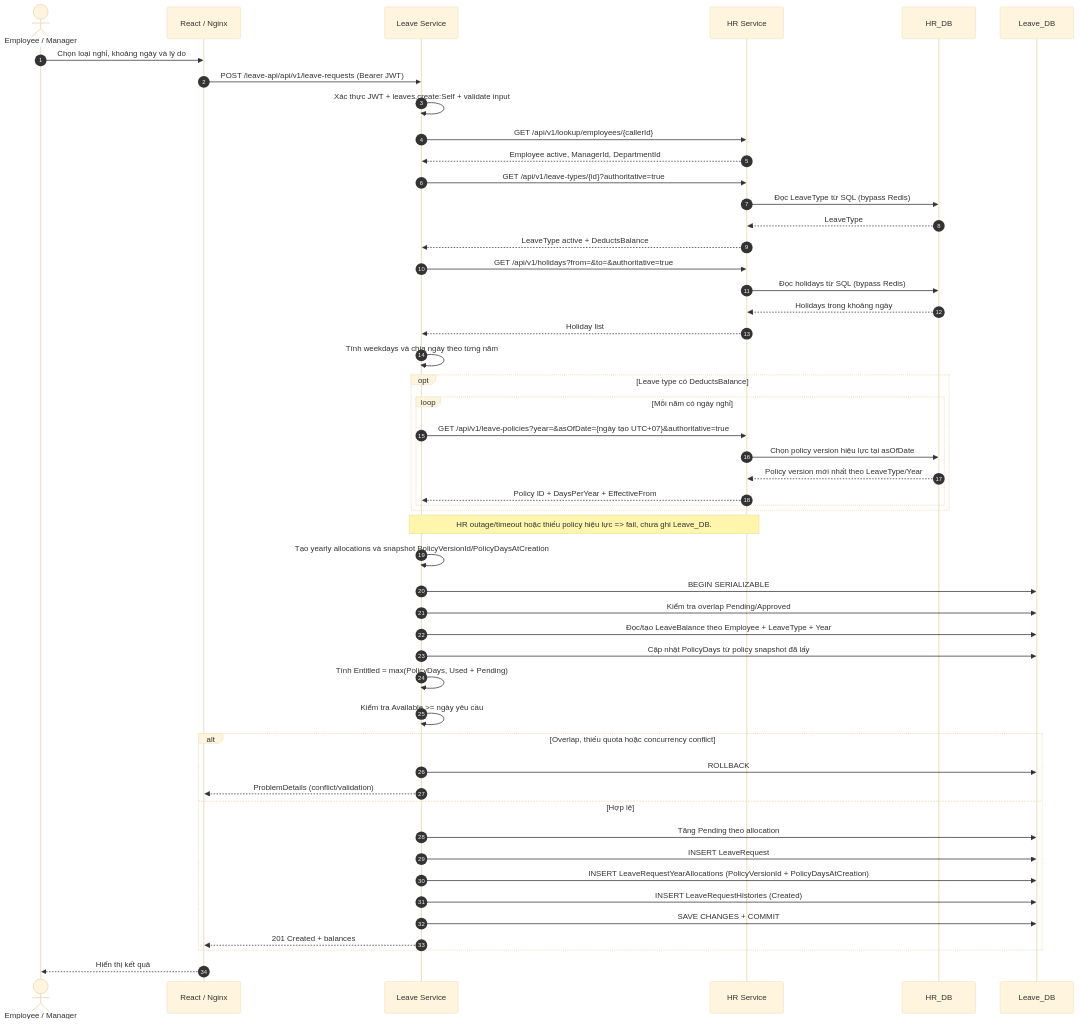
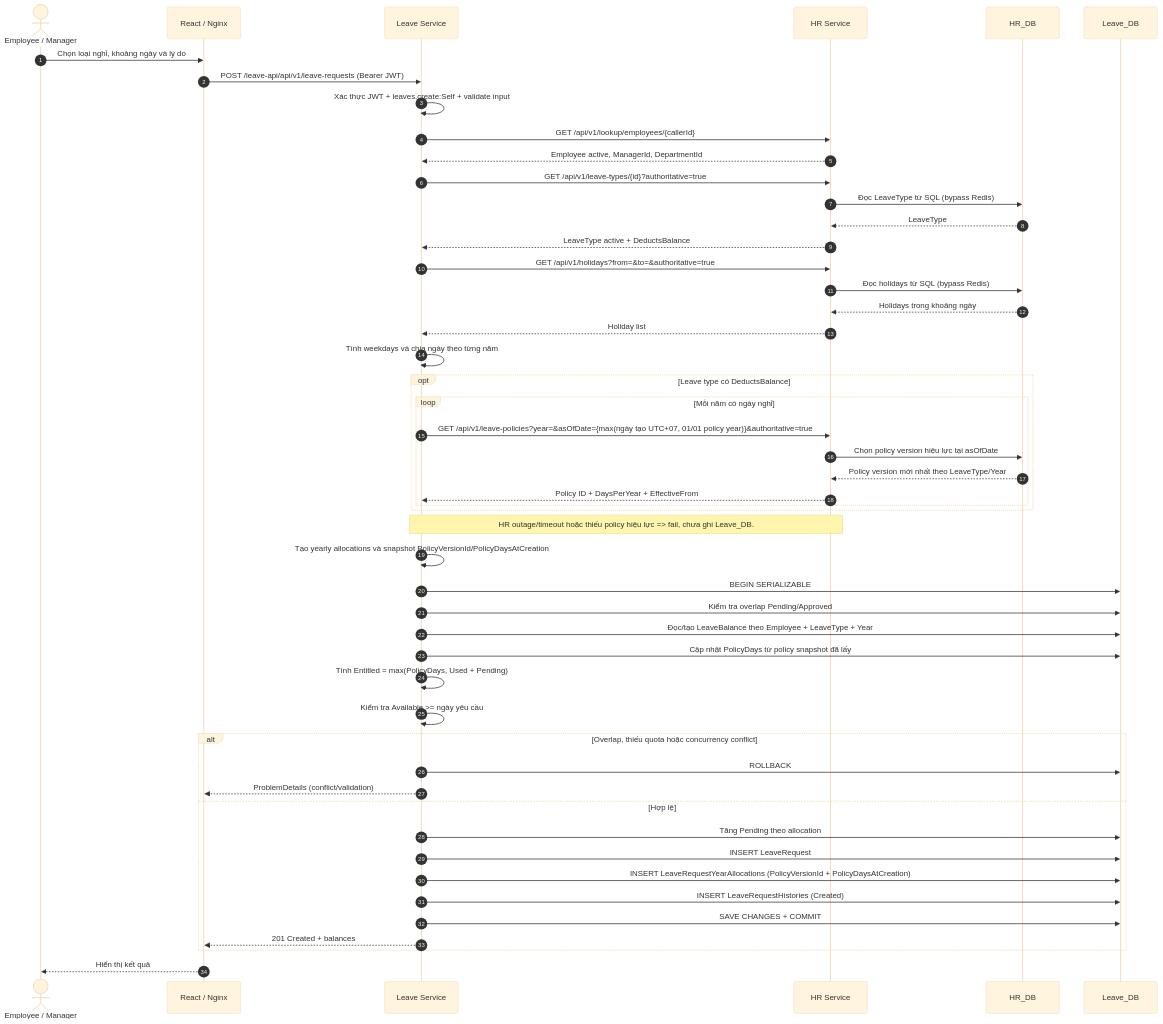
The diagram in docs/architecture/diagrams/mermaid/seq-create-leave.mmd (OlYVER1337/hr-leave-management), drawn with Mermaid (base theme) before and after one commit.

Commit message:
Làm rõ mốc ngày chọn policy version trong sequence

```diff
--- a/docs/architecture/diagrams/mermaid/seq-create-leave.mmd
+++ b/docs/architecture/diagrams/mermaid/seq-create-leave.mmd
@@ -1,53 +1,53 @@
 sequenceDiagram
   autonumber
   actor E as Employee / Manager
   participant W as React / Nginx
   participant LV as Leave Service
   participant HR as HR Service
   participant HDB as HR_DB
   participant LDB as Leave_DB
 
   E->>W: Chọn loại nghỉ, khoảng ngày và lý do
   W->>LV: POST /leave-api/api/v1/leave-requests (Bearer JWT)
   LV->>LV: Xác thực JWT + leaves.create:Self + validate input
   LV->>HR: GET /api/v1/lookup/employees/{callerId}
   HR-->>LV: Employee active, ManagerId, DepartmentId
   LV->>HR: GET /api/v1/leave-types/{id}?authoritative=true
   HR->>HDB: Đọc LeaveType từ SQL (bypass Redis)
   HDB-->>HR: LeaveType
   HR-->>LV: LeaveType active + DeductsBalance
   LV->>HR: GET /api/v1/holidays?from=&to=&authoritative=true
   HR->>HDB: Đọc holidays từ SQL (bypass Redis)
   HDB-->>HR: Holidays trong khoảng ngày
   HR-->>LV: Holiday list
   LV->>LV: Tính weekdays và chia ngày theo từng năm
 
   opt Leave type có DeductsBalance
     loop Mỗi năm có ngày nghỉ
-      LV->>HR: GET /api/v1/leave-policies?year=&asOfDate={ngày tạo UTC+07}&authoritative=true
+      LV->>HR: GET /api/v1/leave-policies?year=&asOfDate={max(ngày tạo UTC+07, 01/01 policy year)}&authoritative=true
       HR->>HDB: Chọn policy version hiệu lực tại asOfDate
       HDB-->>HR: Policy version mới nhất theo LeaveType/Year
       HR-->>LV: Policy ID + DaysPerYear + EffectiveFrom
     end
   end
 
   Note over LV,HR: HR outage/timeout hoặc thiếu policy hiệu lực => fail, chưa ghi Leave_DB.
   LV->>LV: Tạo yearly allocations và snapshot PolicyVersionId/PolicyDaysAtCreation
   LV->>LDB: BEGIN SERIALIZABLE
   LV->>LDB: Kiểm tra overlap Pending/Approved
   LV->>LDB: Đọc/tạo LeaveBalance theo Employee + LeaveType + Year
   LV->>LDB: Cập nhật PolicyDays từ policy snapshot đã lấy
   LV->>LV: Tính Entitled = max(PolicyDays, Used + Pending)
   LV->>LV: Kiểm tra Available >= ngày yêu cầu
   alt Overlap, thiếu quota hoặc concurrency conflict
     LV->>LDB: ROLLBACK
     LV-->>W: ProblemDetails (conflict/validation)
   else Hợp lệ
     LV->>LDB: Tăng Pending theo allocation
     LV->>LDB: INSERT LeaveRequest
     LV->>LDB: INSERT LeaveRequestYearAllocations (PolicyVersionId + PolicyDaysAtCreation)
     LV->>LDB: INSERT LeaveRequestHistories (Created)
     LV->>LDB: SAVE CHANGES + COMMIT
     LV-->>W: 201 Created + balances
   end
   W-->>E: Hiển thị kết quả
```
